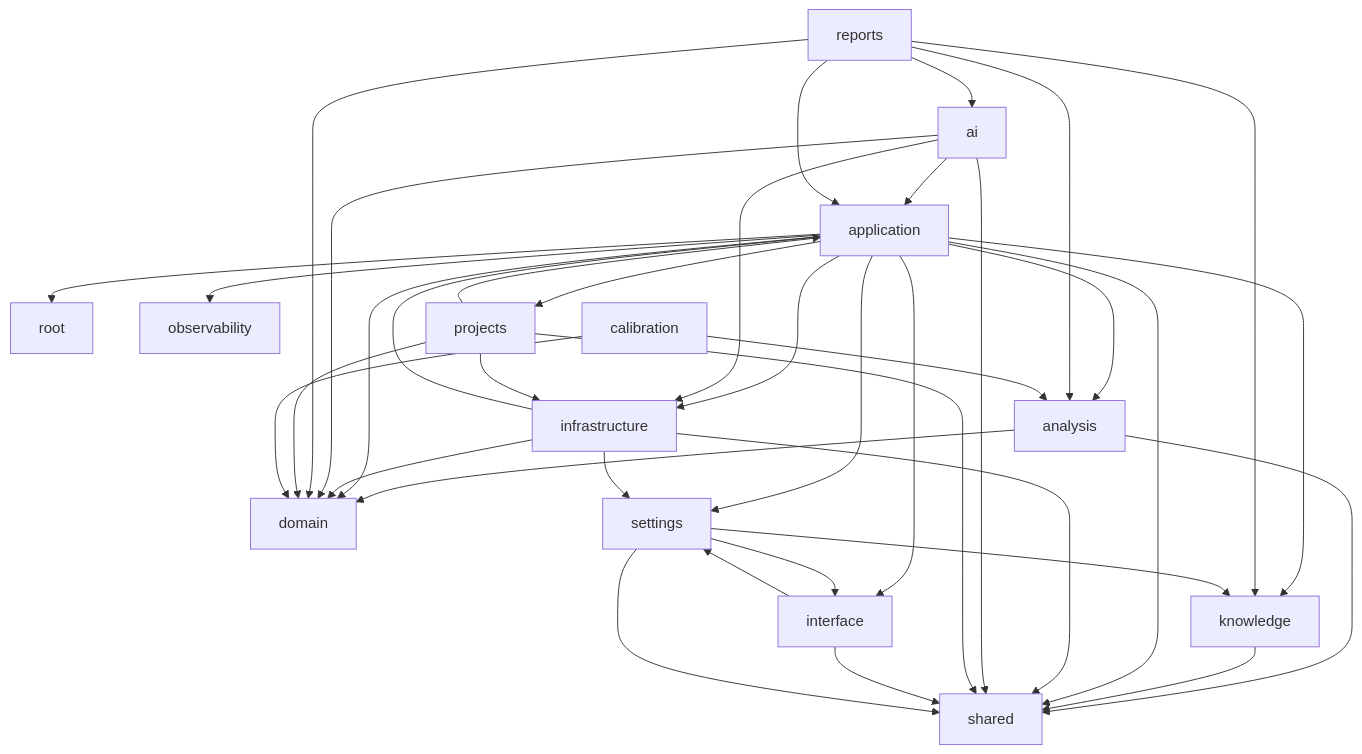
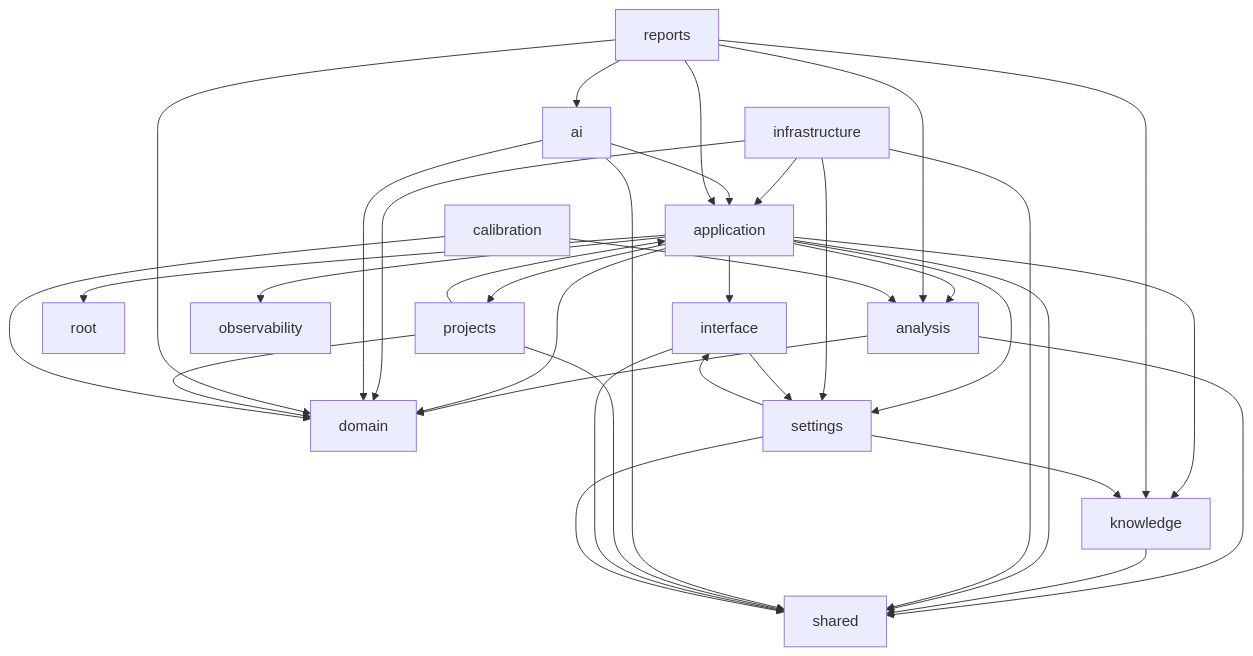
One commit to create2moment-jpg/Model-Forensic- changed the diagram in docs/modules.md. Above: the diagram before and after it, drawn with Mermaid. The commit also changed other lines of this file and 46 other files, not shown here.

````diff
--- a/docs/modules.md
+++ b/docs/modules.md
@@ -30,40 +30,37 @@
 ```mermaid
 flowchart TB
   analysis --> domain
   analysis --> shared
   knowledge --> shared
   application --> root
   application --> analysis
   application --> domain
-  application --> infrastructure
   application --> interface
   application --> knowledge
   application --> observability
   application --> projects
   application --> settings
   application --> shared
   infrastructure --> application
   infrastructure --> domain
   infrastructure --> settings
   infrastructure --> shared
   ai --> application
   ai --> domain
-  ai --> infrastructure
   ai --> shared
   reports --> ai
   reports --> analysis
   reports --> application
   reports --> domain
   reports --> knowledge
   projects --> application
   projects --> domain
-  projects --> infrastructure
   projects --> shared
   interface --> settings
   interface --> shared
   settings --> interface
   settings --> knowledge
   settings --> shared
   calibration --> analysis
   calibration --> domain
 ```
````
